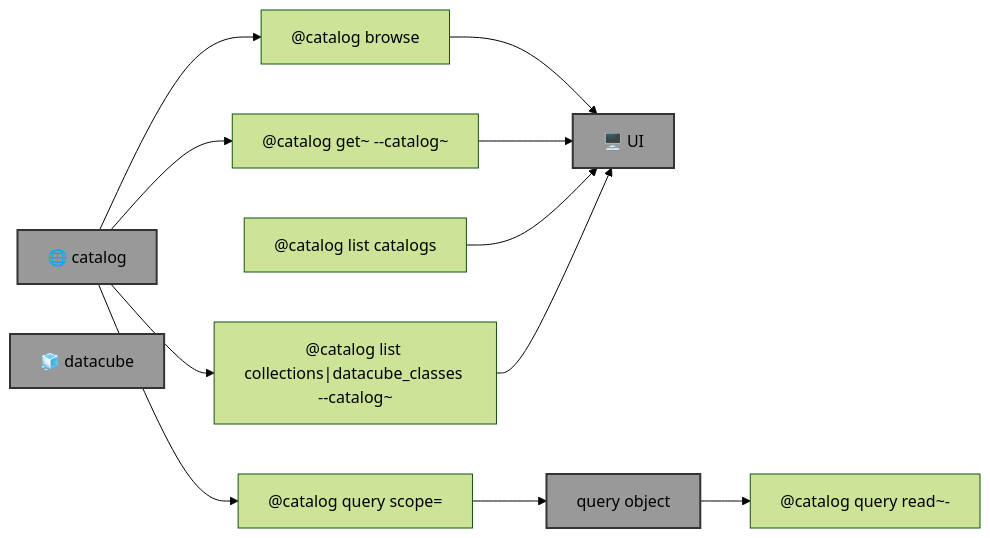
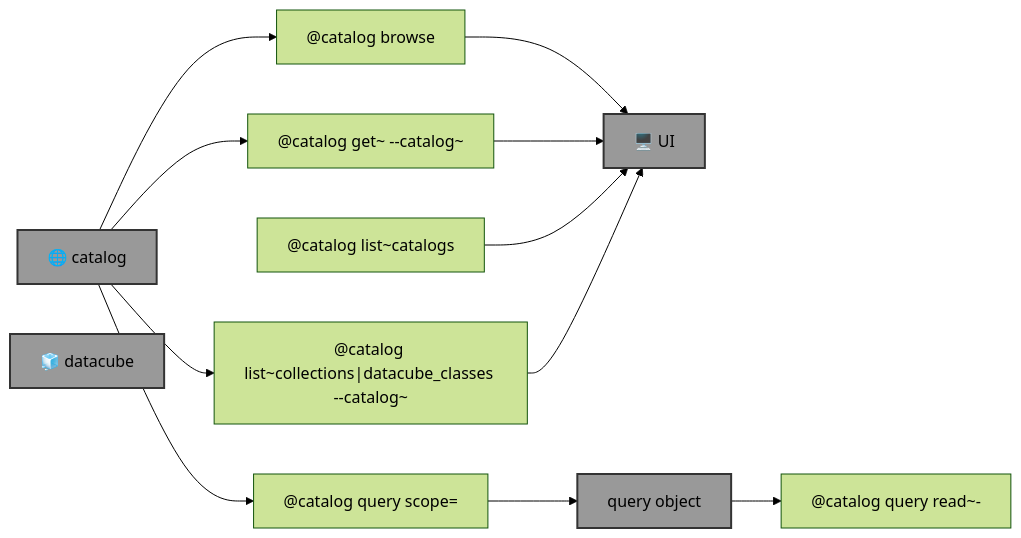
One commit to kamangir/blue-geo changed the diagram in template.md. Above: the diagram before and after it, drawn with Mermaid (forest theme). The commit also changed 3 other files, not shown here.

````diff
--- a/template.md
+++ b/template.md
@@ -9,32 +9,32 @@
 ```mermaid
 graph LR
     catalog_browse["@catalog browse <catalog-name> <resource>"]
     catalog_get["@catalog get~<thing> --catalog~<catalog>"]
-    catalog_list_catalogs["@catalog list catalogs"]
-    catalog_list["@catalog list collections|datacube_classes --catalog~<catalog>"]
+    catalog_list_catalogs["@catalog list~catalogs"]
+    catalog_list["@catalog list~collections|datacube_classes --catalog~<catalog>"]
     catalog_query["@catalog query <catalog-name> <collection-name> scope=<scope> <query-object-name>"]
     catalog_query_read["@catalog query read~- <query-object-name>"]
 
     catalog["🌐 catalog"]:::folder
     datacube_id["🧊 datacube"]:::folder
     UI["🖥️ UI"]:::folder
     query_object["query object"]:::folder
 
     catalog --> catalog_browse
     catalog_browse --> UI
 
     catalog --> catalog_get
     catalog_get --> UI
 
     catalog_list_catalogs --> UI
 
     catalog --> catalog_list
     catalog_list --> UI
 
     catalog --> catalog_query
     catalog_query --> query_object
 
     query_object --> catalog_query_read
 
     classDef folder fill:#999,stroke:#333,stroke-width:2px;
 ```
````
